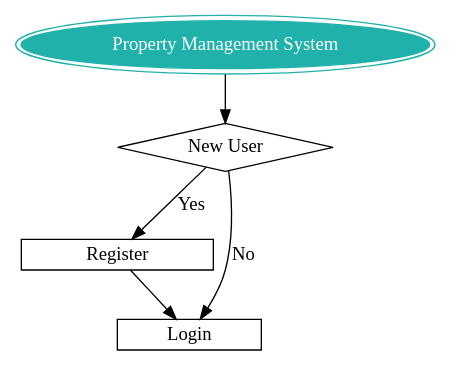
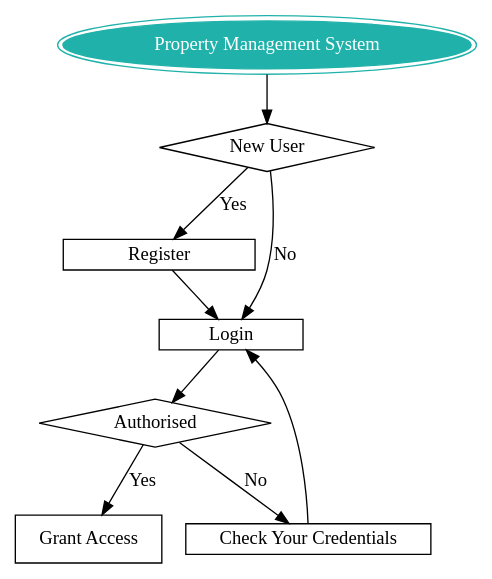
The diagram in docs/source/flowSequence.rst (IIITM-Jay/Property-Management-System-Docs), drawn with Graphviz before and after one commit.

```diff
--- a/docs/source/flowSequence.rst
+++ b/docs/source/flowSequence.rst
@@ -5,16 +5,23 @@
 .. graphviz::
    :align: center
 
    digraph {
       a->b
       b->d [label="Yes", labelfontcolor=green]
       b->c [label="No", labelfontcolor=red]
       d->c 
+      c->e
+      e->f [label="Yes"]
+      e->g [label="No"]
+      g->c
       a [shap=ellipse, peripheries=2,color= lightseagreen, label="Property Management System", style=filled, fontcolor=white];
       b [shape=diamond, label="New User"]
       c [shape=box, label="Login", height=0.25, width=1.5 ]
       d [shape=box, label="Register", height=0.25, width=2 ]
+      e [shape=diamond, label="Authorised"]
+      f [shape=box, label="Grant Access"]
+      g [shape=box, label="Check Your Credentials", height=0.25, width=2 ]
 
 
       
    }
```
